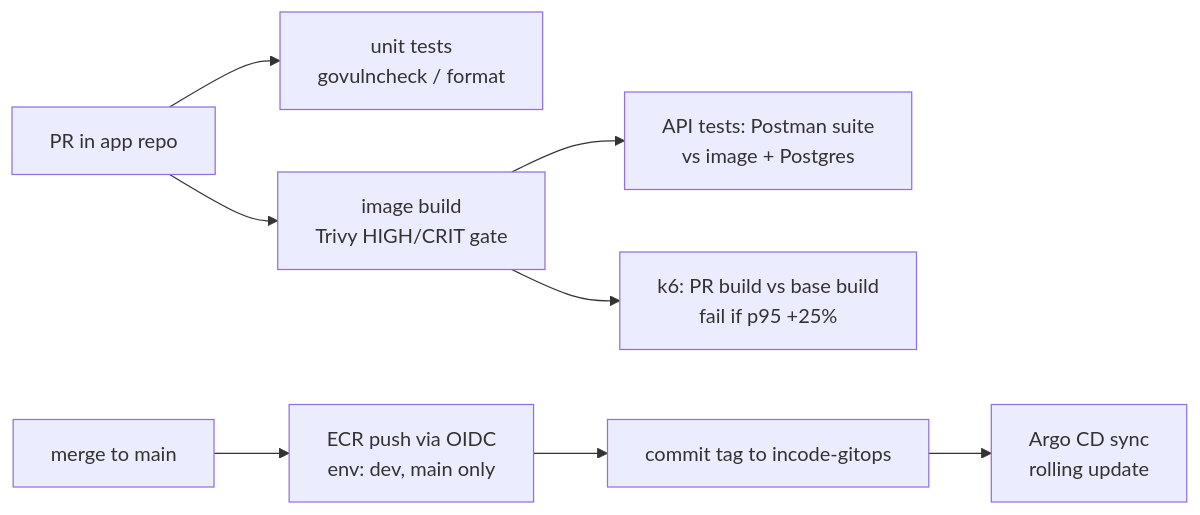
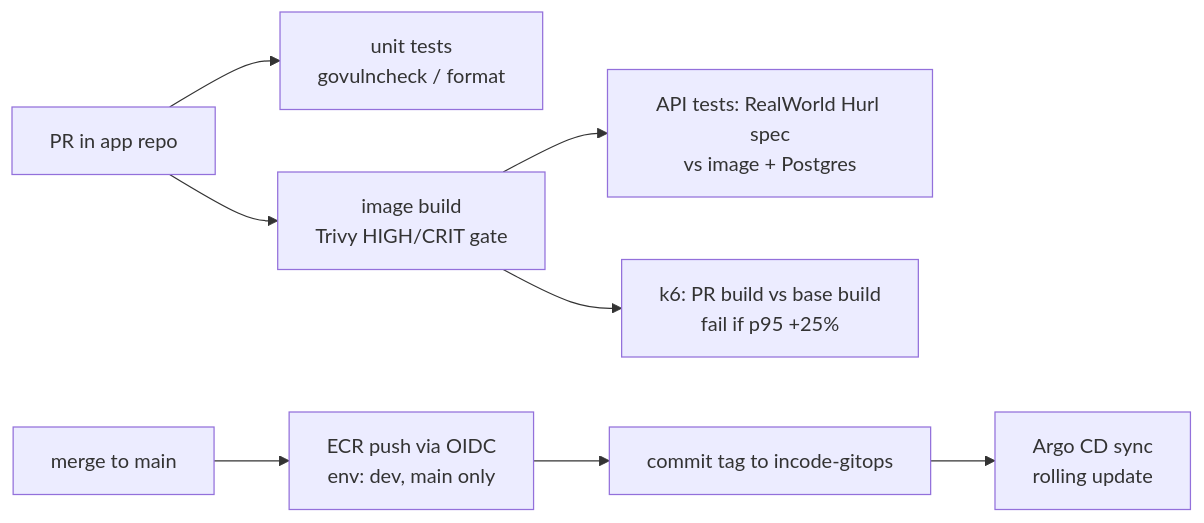
Before and after one commit to dwanbryant-devops/incode-platform: the second of 2 diagrams in README.md, drawn with Mermaid. The commit also changed other lines of this file and 2 other files, not shown here.

Commit message:
Clean plans: rds.force_ssl apply_method as RDS records it; plan role can refresh the TF-managed cache secret; README: Hurl API spec

````diff
--- a/README.md
+++ b/README.md
@@ -121,10 +121,10 @@
 ```mermaid
 flowchart LR
   pr[PR in app repo] --> t[unit tests<br/>govulncheck / format]
   pr --> i[image build<br/>Trivy HIGH/CRIT gate]
-  i --> at[API tests: Postman suite<br/>vs image + Postgres]
+  i --> at[API tests: RealWorld Hurl spec<br/>vs image + Postgres]
   i --> perf[k6: PR build vs base build<br/>fail if p95 +25%]
   merge[merge to main] --> push[ECR push via OIDC<br/>env: dev, main only]
   push --> bump[commit tag to incode-gitops]
   bump --> argo[Argo CD sync<br/>rolling update]
 ```
````
